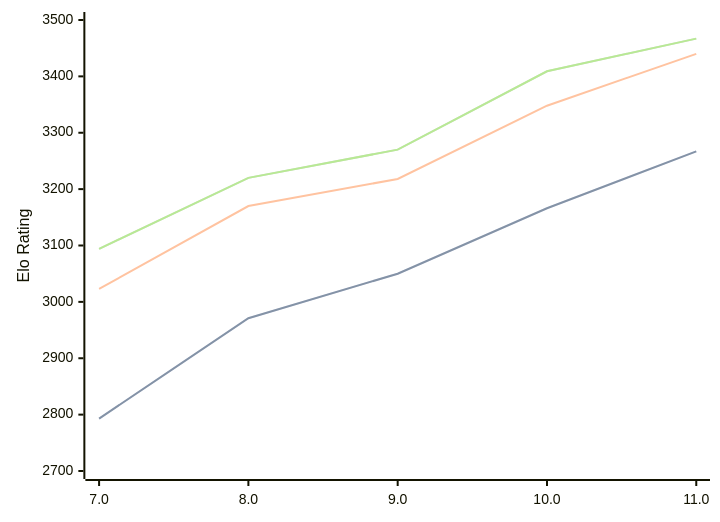
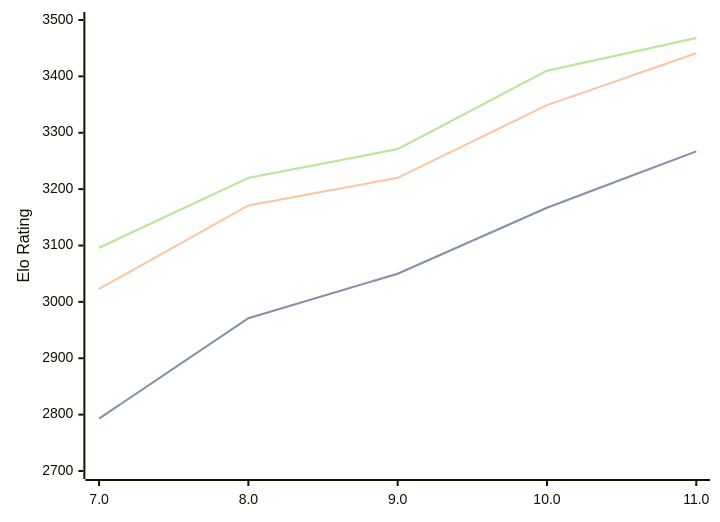
Before and after one commit to computer-chess-index/cci: the diagram in engines/Tcheran.md, drawn with Mermaid. The commit also changed other lines of this file, not shown here.

Commit message:
Update CCI Ratings (ELO VLTC) - 2026-04-05

````diff
--- a/engines/Tcheran.md
+++ b/engines/Tcheran.md
@@ -49,11 +49,11 @@
 ```mermaid
 %%{init: {"theme":"base","themeVariables":{"seriesColors:['#a3a3a3','#222221','#faa371']}}}%%
 xychart-beta
   x-axis ["7.0", "8.0", "9.0", "10.0", "11.0"]
   y-axis "Elo Rating" 2700 --> 3500
-  line "STC (8.0+0.08s)" [2793, 2971, 3050, 3166, 3267]
-  line "STC (8.0+0.08s)" [2793, 2971, 3050, 3166, 3267]
-  line "LTC (60.0+0.60s)" [3023, 3170, 3218, 3348, 3440]
-  line "VLTC (2m24s+1.12s)" [3094, 3220, 3270, 3409, 3467]
-  line "VLTC (2m24s+1.12s)" [3094, 3220, 3270, 3409, 3467]
+  line "STC (8.0+0.08s)" [2793, 2971, 3050, 3167, 3267]
+  line "STC (8.0+0.08s)" [2793, 2971, 3050, 3167, 3267]
+  line "LTC (60.0+0.60s)" [3023, 3171, 3220, 3349, 3441]
+  line "VLTC (2m24s+1.12s)" [3096, 3220, 3271, 3410, 3468]
+  line "VLTC (2m24s+1.12s)" [3096, 3220, 3271, 3410, 3468]
 ```
````
